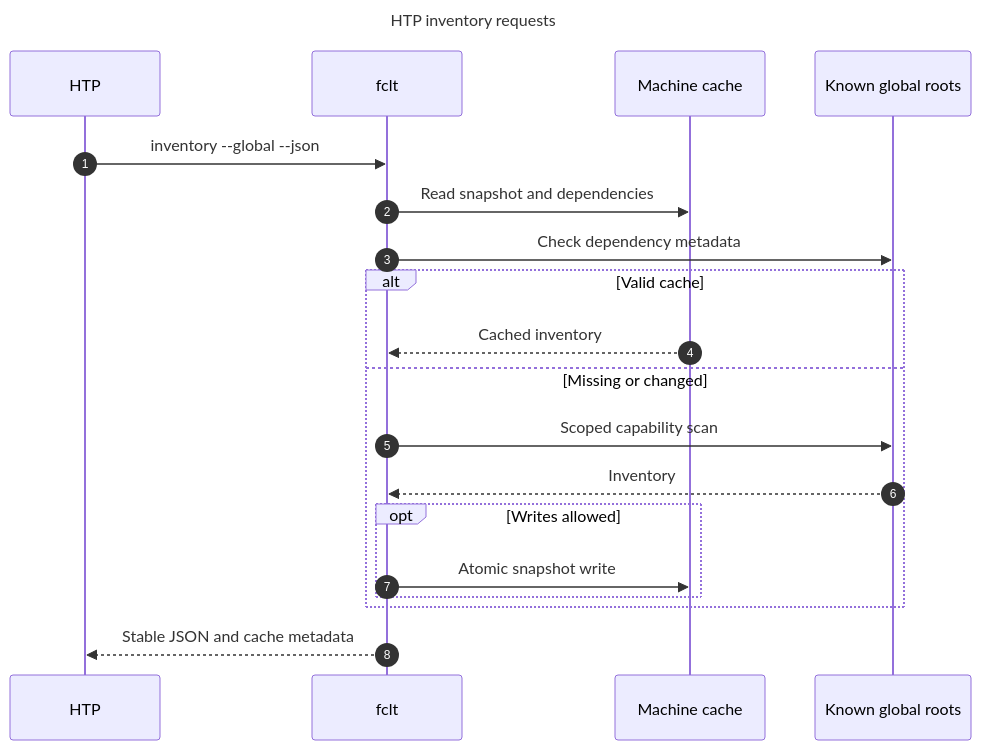
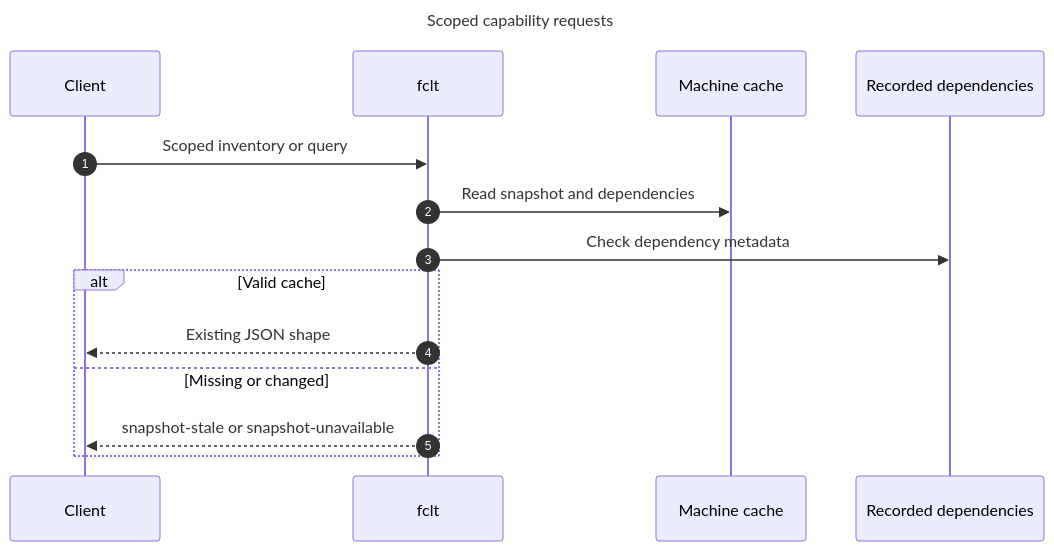
Before and after one commit to hack-dance/fclt: the diagram in docs/assets/inventory-sequence.mmd, drawn with Mermaid. The commit also changed 18 other files, not shown here.

First line of the commit message:
fix: serve scoped capability reads from published snapshots (#121)

```diff
--- a/docs/assets/inventory-sequence.mmd
+++ b/docs/assets/inventory-sequence.mmd
@@ -1,22 +1,17 @@
 ---
-title: HTP inventory requests
+title: Scoped capability requests
 ---
 sequenceDiagram
     autonumber
-    participant HTP
+    participant Client
     participant fclt
     participant Cache as Machine cache
-    participant Roots as Known global roots
-    HTP->>fclt: inventory --global --json
+    participant Roots as Recorded dependencies
+    Client->>fclt: Scoped inventory or query
     fclt->>Cache: Read snapshot and dependencies
     fclt->>Roots: Check dependency metadata
     alt Valid cache
-        Cache-->>fclt: Cached inventory
+        fclt-->>Client: Existing JSON shape
     else Missing or changed
-        fclt->>Roots: Scoped capability scan
-        Roots-->>fclt: Inventory
-        opt Writes allowed
-            fclt->>Cache: Atomic snapshot write
-        end
+        fclt-->>Client: snapshot-stale or snapshot-unavailable
     end
-    fclt-->>HTP: Stable JSON and cache metadata
```
